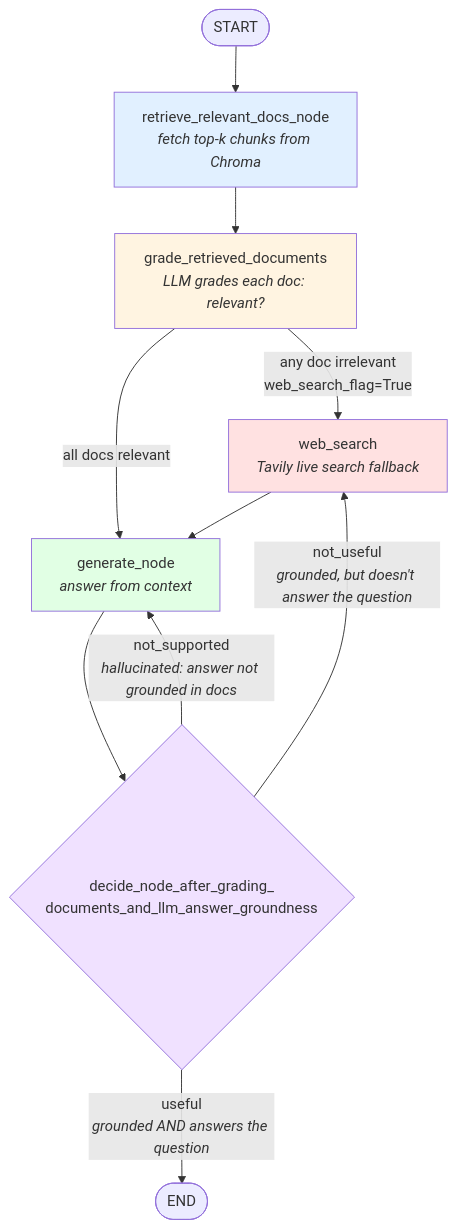
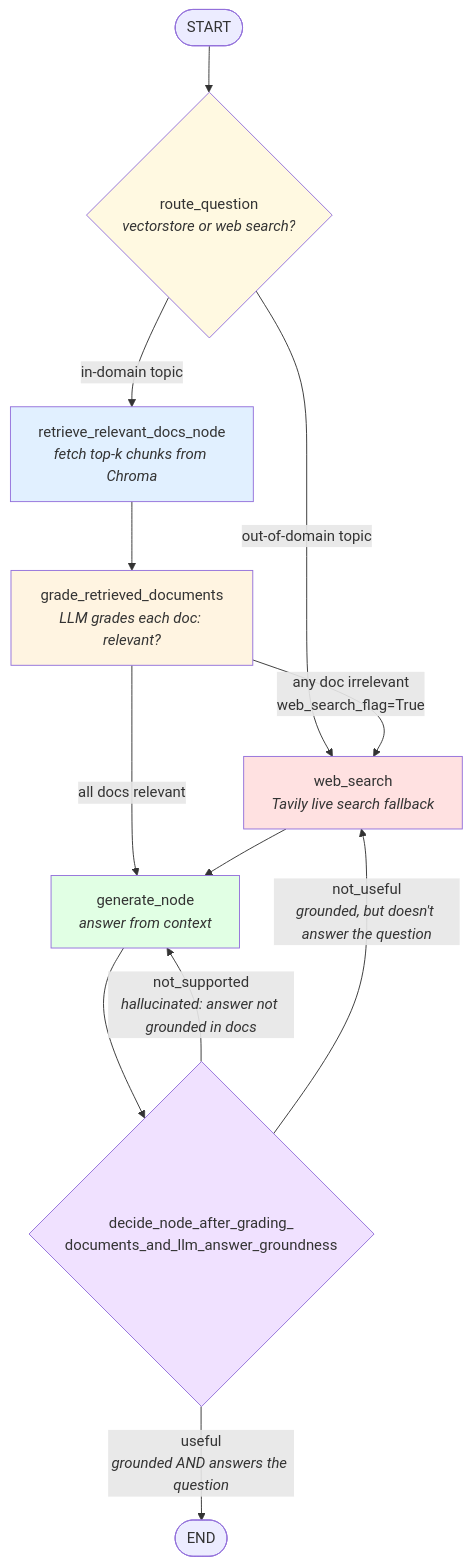
Before and after one commit to yevsel/agentic-RAG-v1: the diagram in README.md, drawn with Mermaid. The commit also changed other lines of this file and 4 other files, not shown here.

First line of the commit message:
Add Adaptive RAG routing to skip retrieval for out-of-domain questions

````diff
--- a/README.md
+++ b/README.md
@@ -22,21 +23,26 @@
 ```mermaid
 flowchart TD
-    START([START]) --> retrieve[retrieve_relevant_docs_node<br/><i>fetch top-k chunks from Chroma</i>]
+    START([START]) --> route{route_question<br/><i>vectorstore or web search?</i>}
+
+    route -->|in-domain topic| retrieve[retrieve_relevant_docs_node<br/><i>fetch top-k chunks from Chroma</i>]
+    route -->|out-of-domain topic| websearch[web_search<br/><i>Tavily live search fallback</i>]
+
     retrieve --> grade[grade_retrieved_documents<br/><i>LLM grades each doc: relevant?</i>]
 
-    grade -->|any doc irrelevant<br/>web_search_flag=True| websearch[web_search<br/><i>Tavily live search fallback</i>]
+    grade -->|any doc irrelevant<br/>web_search_flag=True| websearch
     grade -->|all docs relevant| generate[generate_node<br/><i>answer from context</i>]
     websearch --> generate
 
     generate --> selfcheck{decide_node_after_grading_<br/>documents_and_llm_answer_groundness}
 
     selfcheck -->|not_supported<br/><i>hallucinated: answer not grounded in docs</i>| generate
     selfcheck -->|not_useful<br/><i>grounded, but doesn't answer the question</i>| websearch
     selfcheck -->|useful<br/><i>grounded AND answers the question</i>| END([END])
 
+    style route fill:#fff9e1
     style retrieve fill:#e1f0ff
     style grade fill:#fff4e1
     style websearch fill:#ffe1e1
     style generate fill:#e1ffe4
     style selfcheck fill:#f0e1ff
 ```
````
